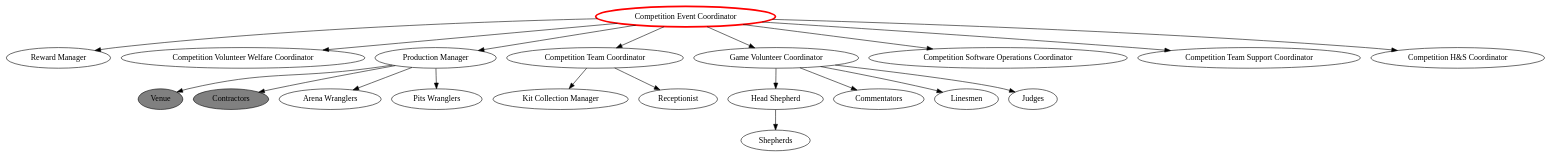
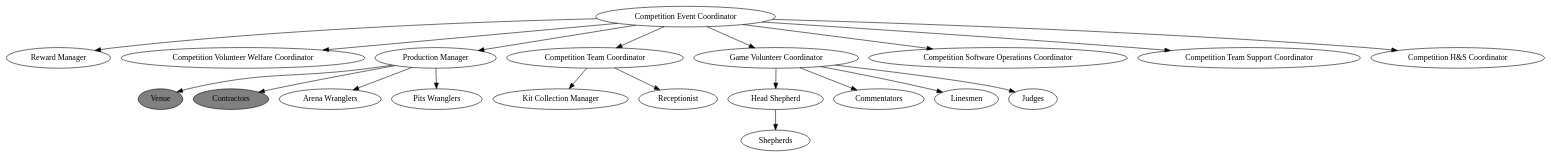
One commit to Adimote/legacy-ops-manual changed the diagram in org-chart/comp-event.dot. Above: the diagram before and after it, drawn with Graphviz. The commit also changed 3 other files, not shown here.

First line of the commit message:
Include org-chart diagrams in the manual

```diff
--- a/org-chart/comp-event.dot
+++ b/org-chart/comp-event.dot
@@ -1,46 +1,46 @@
 digraph {
 	# Competition Coordinator Subordinates
-	comp_event_coord [label="Competition Event Coordinator" color=red penwidth=3];
+	comp_event_coord [label="Competition Event Coordinator"];
 
 	# Competition Event Coordinator Subordinates
 	reward_manager[label="Reward Manager"];
 	comp_volunteer_welfare[label="Competition Volunteer Welfare Coordinator"];
 	prod_manager[label="Production Manager"];
 	comp_team_coord[label="Competition Team Coordinator"];
 	comp_game_vol_coord[label="Game Volunteer Coordinator"];
 	comp_sw_ops_coord[label="Competition Software Operations Coordinator"];
 	comp_team_support[label="Competition Team Support Coordinator"];
 	comp_hs_coord[label="Competition H&S Coordinator"];
 	
 	# Competition Team Coordinator Subordinates
 	kit_collection_manager[label="Kit Collection Manager"];
 	receptionist[label="Receptionist"];
 	
 	# Production Manager Subordinates
 	venue[label="Venue" fillcolor=grey style=filled];
 	contractors[label="Contractors" fillcolor=grey style=filled];
 	arena_wranglers[label="Arena Wranglers"];
 	pits_wranglers[label="Pits Wranglers"];
 	
 	# Game Volunteer Coordinator Subordinates
 	head_shepherd[label="Head Shepherd"];
 	commentators[label="Commentators"];
 	linesmen[label="Linesmen"];
 	judges[label="Judges"];
 	
 	shepherds[label="Shepherds"];
 	
 	###### Connections between nodes
 	comp_event_coord -> { reward_manager comp_volunteer_welfare
                 prod_manager comp_team_coord comp_game_vol_coord
 		comp_sw_ops_coord comp_team_support comp_hs_coord
 		};
 		
 	comp_team_coord -> { kit_collection_manager receptionist };
 
 	comp_game_vol_coord -> { head_shepherd commentators linesmen judges };
 	
 	prod_manager -> { venue contractors arena_wranglers pits_wranglers };
 
 	head_shepherd -> shepherds;
 }
```
